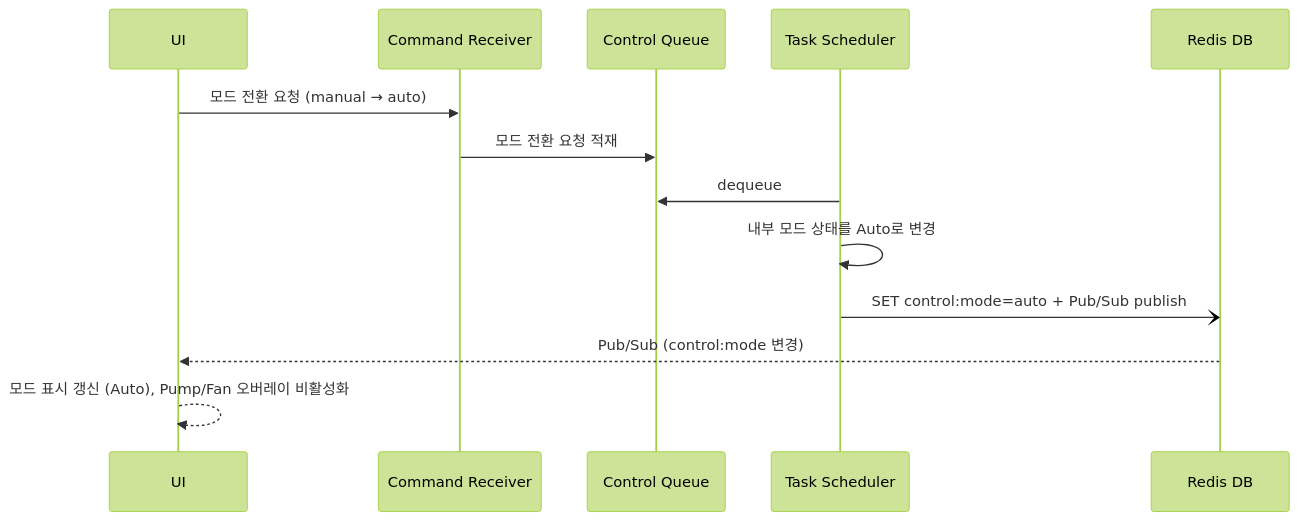
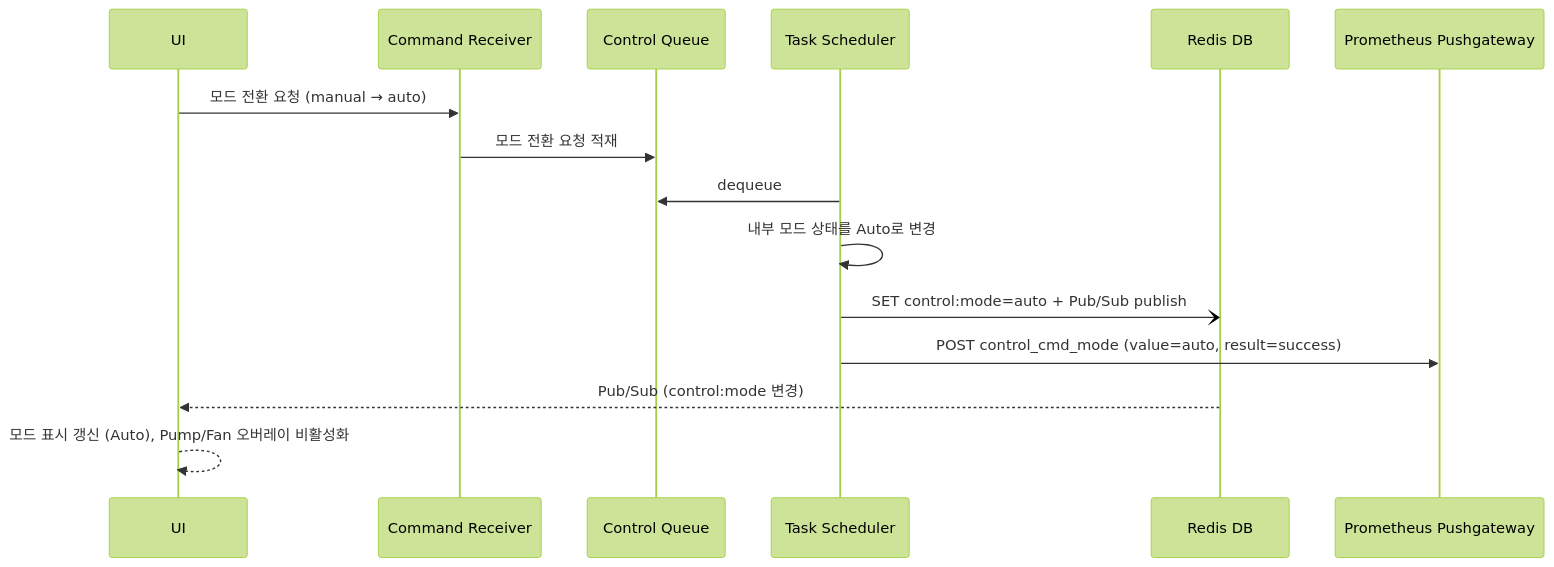
One commit to DEEPGadget/L2A_CDU_system changed the fifth of 7 diagrams in docs/MCG.md. Above: the diagram before and after it, drawn with Mermaid (forest theme). The commit also changed other lines of this file and 2 other files, not shown here.

````diff
--- a/docs/MCG.md
+++ b/docs/MCG.md
@@ -395,16 +395,18 @@
 ```mermaid
 sequenceDiagram
     participant UI as UI
     participant CR as Command Receiver
     participant CQ as Control Queue
     participant TS as Task Scheduler
     participant Redis as Redis DB
+    participant PGW as Prometheus Pushgateway
 
     UI->>CR: 모드 전환 요청 (manual → auto)
     CR->>CQ: 모드 전환 요청 적재
     TS->>CQ: dequeue
     TS->>TS: 내부 모드 상태를 Auto로 변경
     TS-)Redis: SET control:mode=auto + Pub/Sub publish
+    TS->>PGW: POST control_cmd_mode (value=auto, result=success)
     Redis-->>UI: Pub/Sub (control:mode 변경)
     UI-->>UI: 모드 표시 갱신 (Auto), Pump/Fan 오버레이 비활성화
 ```
````
